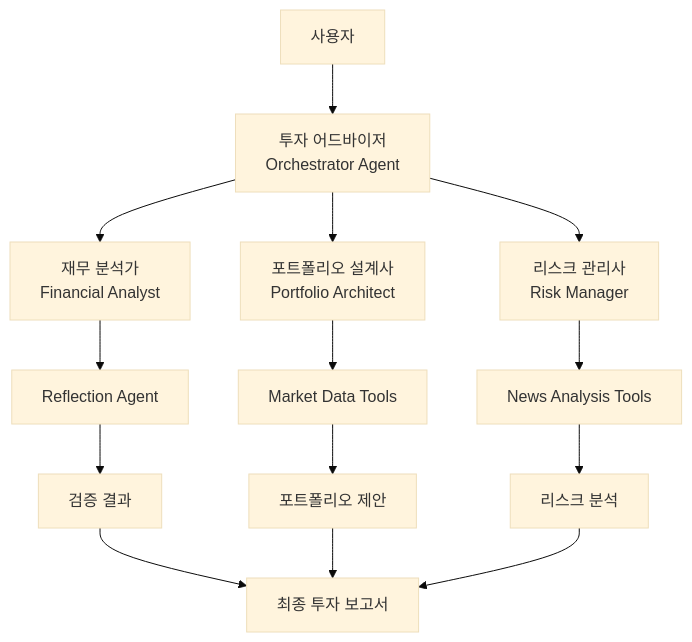
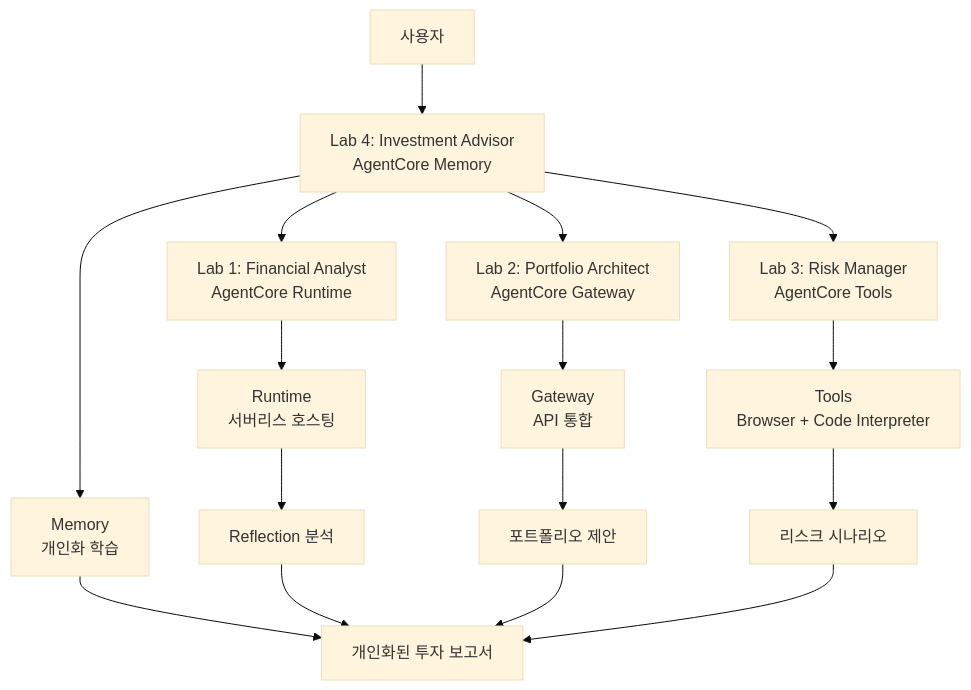
Before and after one commit to ksgsslee/investment_advisor_strands: the diagram in README.md, drawn with Mermaid (base theme). The commit also changed other lines of this file and 1 other file, not shown here.

````diff
--- a/README.md
+++ b/README.md
@@ -16,20 +16,22 @@
 ```mermaid
 graph TD
-    User[사용자] --> Orchestrator[투자 어드바이저<br/>Orchestrator Agent]
+    User[사용자] --> Lab4[Lab 4: Investment Advisor<br/>AgentCore Memory]
     
-    Orchestrator --> FinancialAnalyst[재무 분석가<br/>Financial Analyst]
-    Orchestrator --> PortfolioArchitect[포트폴리오 설계사<br/>Portfolio Architect] 
-    Orchestrator --> RiskManager[리스크 관리사<br/>Risk Manager]
+    Lab4 --> Lab1[Lab 1: Financial Analyst<br/>AgentCore Runtime]
+    Lab4 --> Lab2[Lab 2: Portfolio Architect<br/>AgentCore Gateway] 
+    Lab4 --> Lab3[Lab 3: Risk Manager<br/>AgentCore Tools]
     
-    FinancialAnalyst --> ReflectionAgent[Reflection Agent]
-    PortfolioArchitect --> MarketDataTool[Market Data Tools]
-    RiskManager --> NewsAnalysisTool[News Analysis Tools]
+    Lab1 --> Runtime[Runtime<br/>서버리스 호스팅]
+    Lab2 --> Gateway[Gateway<br/>API 통합]
+    Lab3 --> Tools[Tools<br/>Browser + Code Interpreter]
+    Lab4 --> Memory[Memory<br/>개인화 학습]
     
-    ReflectionAgent --> ValidationResult[검증 결과]
-    MarketDataTool --> PortfolioResult[포트폴리오 제안]
-    NewsAnalysisTool --> RiskResult[리스크 분석]
+    Runtime --> ReflectionResult[Reflection 분석]
+    Gateway --> PortfolioResult[포트폴리오 제안]
+    Tools --> RiskResult[리스크 시나리오]
+    Memory --> PersonalizedReport[개인화된 투자 보고서]
     
-    ValidationResult --> FinalReport[최종 투자 보고서]
-    PortfolioResult --> FinalReport
-    RiskResult --> FinalReport
+    ReflectionResult --> PersonalizedReport
+    PortfolioResult --> PersonalizedReport
+    RiskResult --> PersonalizedReport
 ```
````
